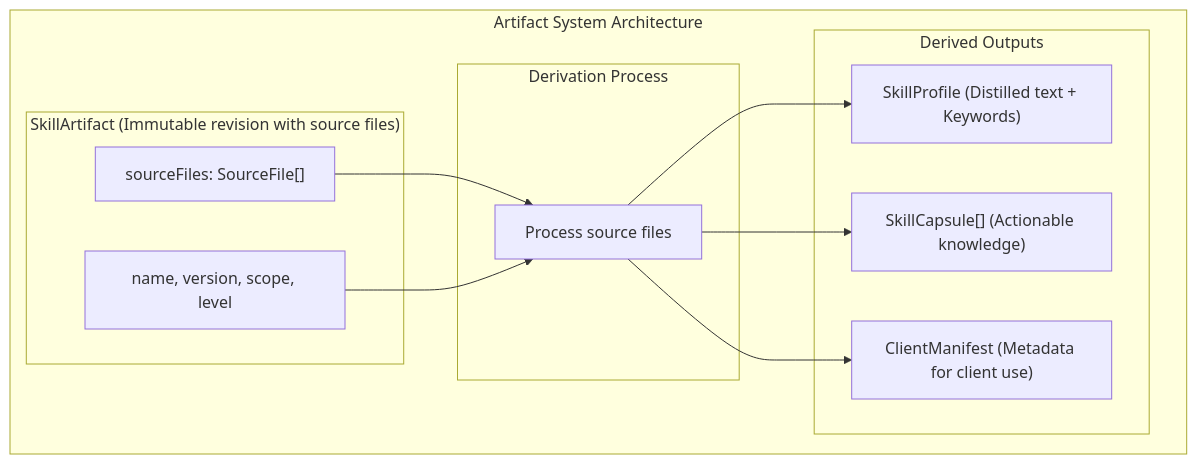
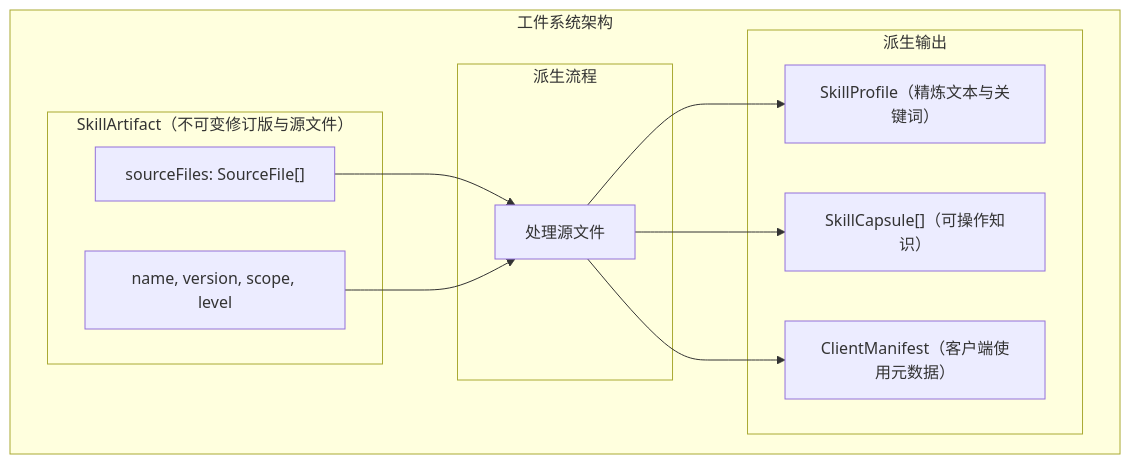
Before and after one commit to pofossette/TrapMap-for-vibing: the first of 7 diagrams in docs/architecture/components/ARTIFACTS.md, drawn with Mermaid. The commit also changed other lines of this file and 11 other files, not shown here.

First line of the commit message:
docs: 转换 ASCII 框图为 Mermaid flowchart tb + subgraph，翻译已有 Mermaid 图表为简体中文

````diff
--- a/docs/architecture/components/ARTIFACTS.md
+++ b/docs/architecture/components/ARTIFACTS.md
@@ -9,25 +9,25 @@
 ```mermaid
 flowchart TB
-    subgraph ArtifactSystem["Artifact System Architecture"]
-        subgraph SkillArtifact["SkillArtifact (Immutable revision with source files)"]
+    subgraph ArtifactSystem["工件系统架构"]
+        subgraph SkillArtifact["SkillArtifact（不可变修订版与源文件）"]
             SF["sourceFiles: SourceFile[]"]
             META["name, version, scope, level"]
         end
 
-        subgraph Derivation["Derivation Process"]
-            DP["Process source files"]
+        subgraph Derivation["派生流程"]
+            DP["处理源文件"]
         end
 
-        subgraph Outputs["Derived Outputs"]
-            SP["SkillProfile (Distilled text + Keywords)"]
-            SC["SkillCapsule[] (Actionable knowledge)"]
-            CM["ClientManifest (Metadata for client use)"]
+        subgraph Outputs["派生输出"]
+            SP["SkillProfile（精炼文本与关键词）"]
+            SC["SkillCapsule[]（可操作知识）"]
+            CM["ClientManifest（客户端使用元数据）"]
         end
 
         SF --> DP
         META --> DP
         DP --> SP
         DP --> SC
         DP --> CM
     end
 ```
````
